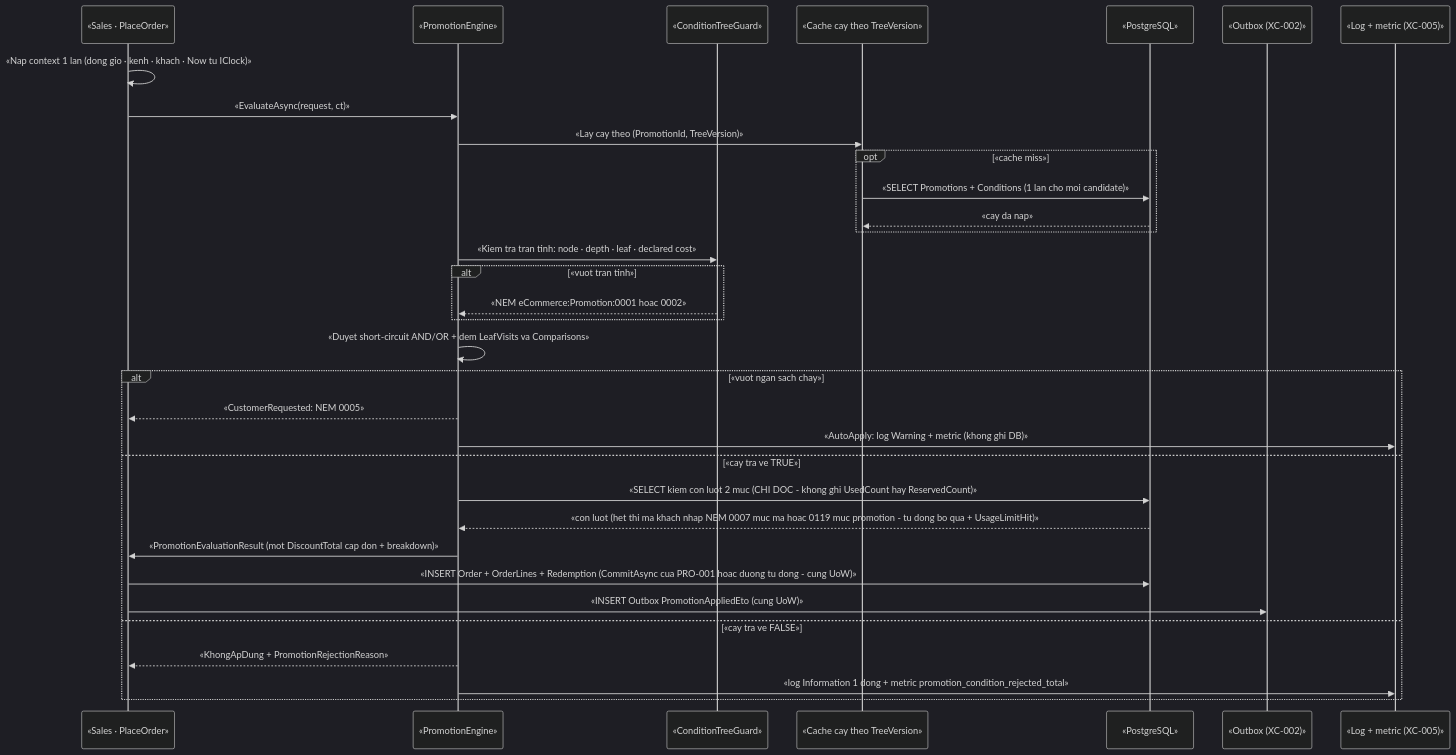
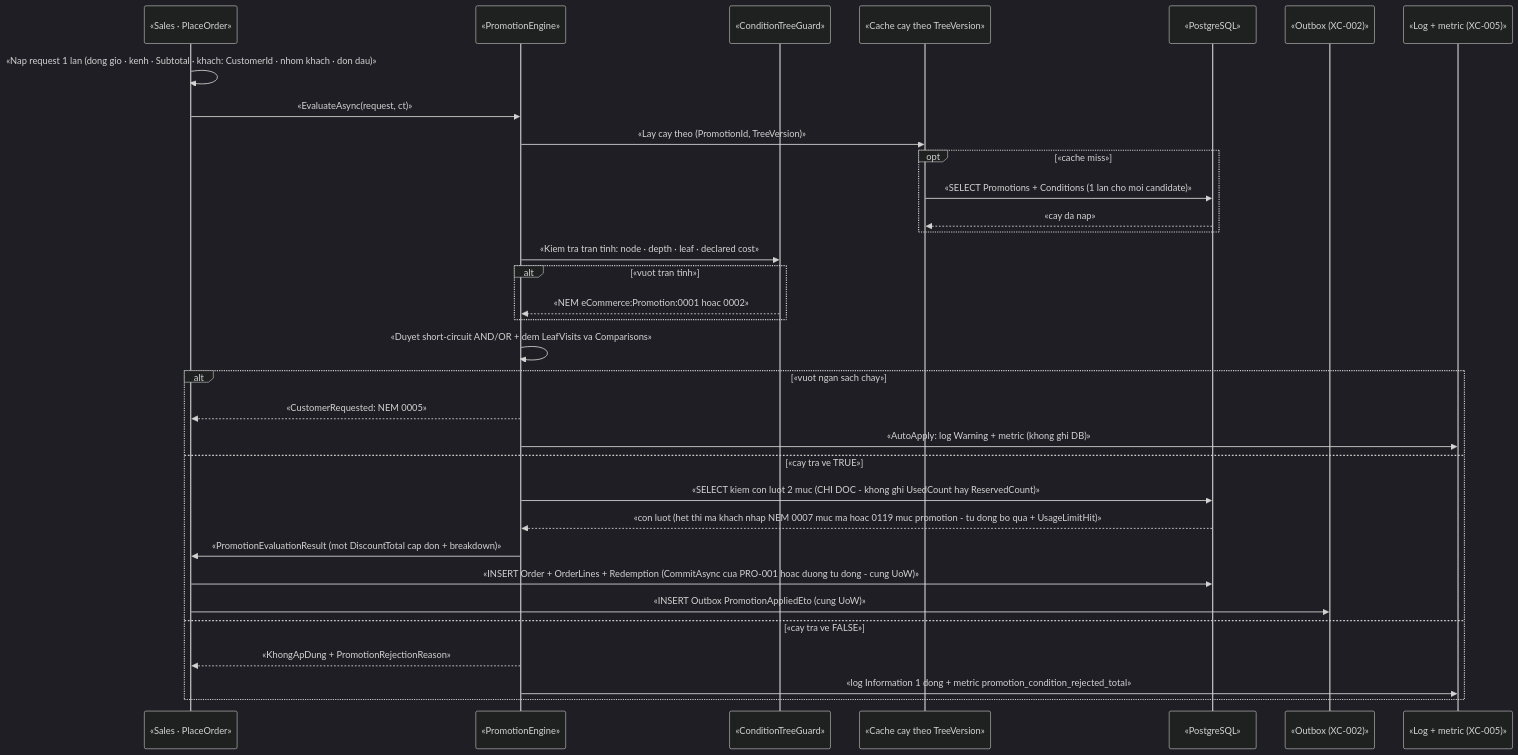
One commit to hungnt9801/eCommerce changed the second of 3 diagrams in docs/features/promotions/pro-002-cay-dieu-kien-engine-khuyen-mai.md. Above: the diagram before and after it, drawn with Mermaid (dark theme). The commit also changed other lines of this file and 6 other files, not shown here.

````diff
--- a/docs/features/promotions/pro-002-cay-dieu-kien-engine-khuyen-mai.md
+++ b/docs/features/promotions/pro-002-cay-dieu-kien-engine-khuyen-mai.md
@@ -202,36 +202,36 @@
 ```mermaid
 sequenceDiagram
     participant SAL as «Sales · PlaceOrder»
     participant ENG as «PromotionEngine»
     participant GRD as «ConditionTreeGuard»
     participant CAC as «Cache cay theo TreeVersion»
     participant DB as «PostgreSQL»
     participant OUT as «Outbox (XC-002)»
     participant LOG as «Log + metric (XC-005)»
 
-    SAL->>SAL: «Nap context 1 lan (dong gio · kenh · khach · Now tu IClock)»
+    SAL->>SAL: «Nap request 1 lan (dong gio · kenh · Subtotal · khach: CustomerId · nhom khach · don dau)»
     SAL->>ENG: «EvaluateAsync(request, ct)»
     ENG->>CAC: «Lay cay theo (PromotionId, TreeVersion)»
     opt «cache miss»
         CAC->>DB: «SELECT Promotions + Conditions (1 lan cho moi candidate)»
         DB-->>CAC: «cay da nap»
     end
     ENG->>GRD: «Kiem tra tran tinh: node · depth · leaf · declared cost»
     alt «vuot tran tinh»
         GRD-->>ENG: «NEM eCommerce:Promotion:0001 hoac 0002»
     end
     ENG->>ENG: «Duyet short-circuit AND/OR + dem LeafVisits va Comparisons»
     alt «vuot ngan sach chay»
         ENG-->>SAL: «CustomerRequested: NEM 0005»
         ENG->>LOG: «AutoApply: log Warning + metric (khong ghi DB)»
     else «cay tra ve TRUE»
         ENG->>DB: «SELECT kiem con luot 2 muc (CHI DOC - khong ghi UsedCount hay ReservedCount)»
         DB-->>ENG: «con luot (het thi ma khach nhap NEM 0007 muc ma hoac 0119 muc promotion - tu dong bo qua + UsageLimitHit)»
         ENG->>SAL: «PromotionEvaluationResult (mot DiscountTotal cap don + breakdown)»
         SAL->>DB: «INSERT Order + OrderLines + Redemption (CommitAsync cua PRO-001 hoac duong tu dong - cung UoW)»
         SAL->>OUT: «INSERT Outbox PromotionAppliedEto (cung UoW)»
     else «cay tra ve FALSE»
         ENG-->>SAL: «KhongApDung + PromotionRejectionReason»
         ENG->>LOG: «log Information 1 dong + metric promotion_condition_rejected_total»
     end
 ```
````
